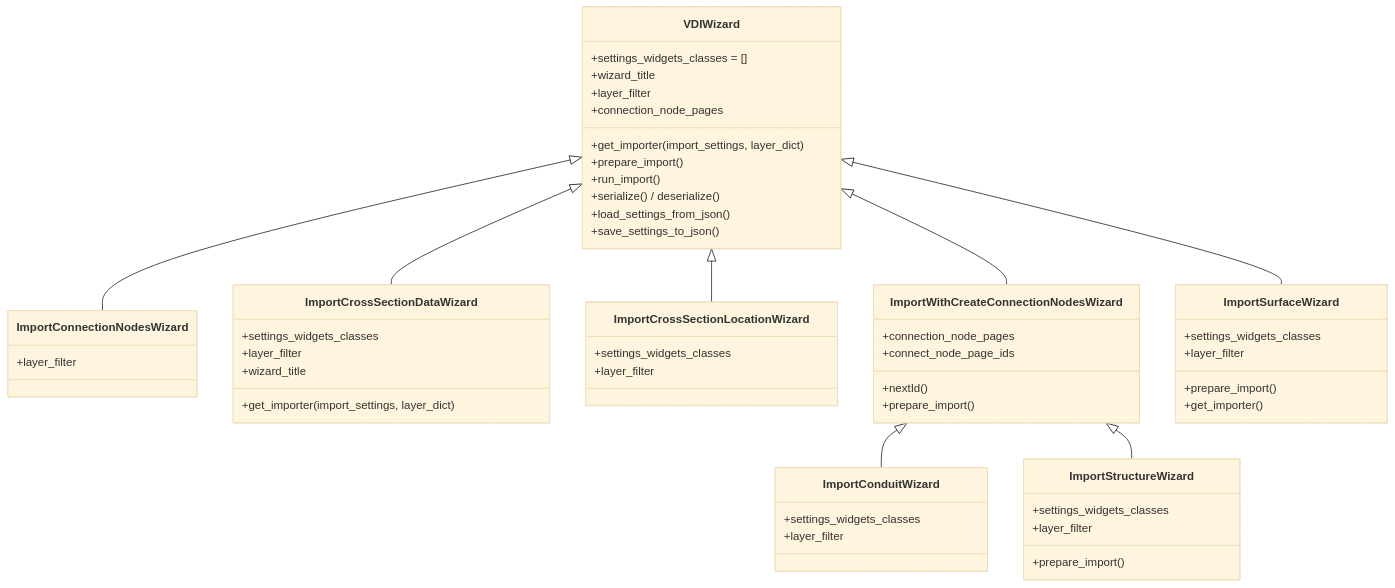
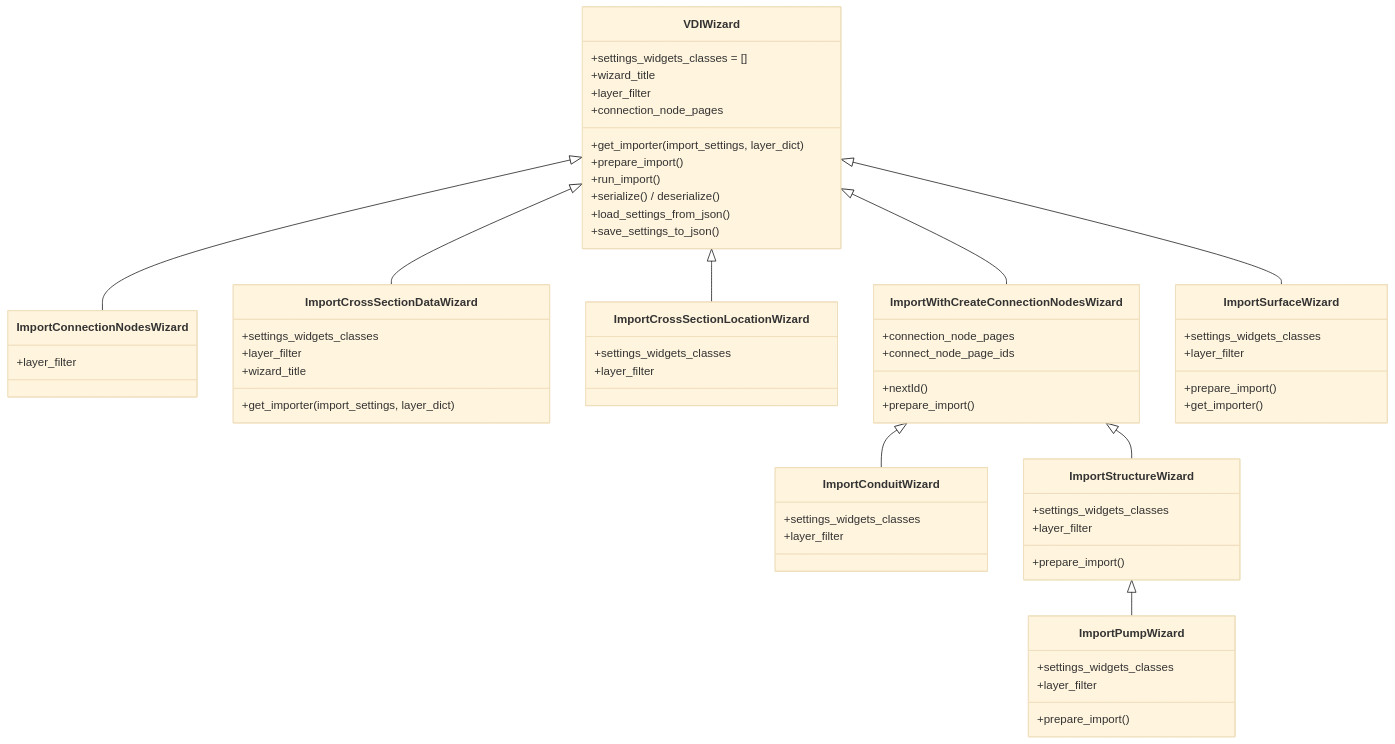
The first of 2 diagrams in threedi_schematisation_editor/vector_data_importer/wizard/DESIGN.md (nens/threedi-schematisation-editor), drawn with Mermaid (base theme) before and after one commit. The commit also changed other lines of this file and 25 other files, not shown here.

Commit message:
Add pump import with automatic PumpMap creation (#510)

````diff
--- a/threedi_schematisation_editor/vector_data_importer/wizard/DESIGN.md
+++ b/threedi_schematisation_editor/vector_data_importer/wizard/DESIGN.md
@@ -25,65 +26,72 @@
 ```mermaid
 classDiagram
     VDIWizard <|-- ImportConnectionNodesWizard
     VDIWizard <|-- ImportCrossSectionDataWizard
     VDIWizard <|-- ImportCrossSectionLocationWizard
     VDIWizard <|-- ImportWithCreateConnectionNodesWizard
     ImportWithCreateConnectionNodesWizard <|-- ImportConduitWizard
     ImportWithCreateConnectionNodesWizard <|-- ImportStructureWizard
+    ImportStructureWizard <|-- ImportPumpWizard
     VDIWizard <|-- ImportSurfaceWizard
     
     class VDIWizard {
         +settings_widgets_classes = []
         +wizard_title
         +layer_filter
         +connection_node_pages
         +get_importer(import_settings, layer_dict)
         +prepare_import()
         +run_import()
         +serialize() / deserialize()
         +load_settings_from_json()
         +save_settings_to_json()
     }
     
     class ImportConnectionNodesWizard {
         +layer_filter
     }    
 
     class ImportCrossSectionDataWizard {
         +settings_widgets_classes
         +layer_filter
         +get_importer(import_settings, layer_dict)
         +wizard_title
     }
 
     class ImportCrossSectionLocationWizard {
         +settings_widgets_classes
         +layer_filter
     }
     
     class ImportWithCreateConnectionNodesWizard {
         +connection_node_pages
         +connect_node_page_ids
         +nextId()
         +prepare_import()
         }
 
     class ImportConduitWizard { 
         +settings_widgets_classes
         +layer_filter
     }
 
     class ImportStructureWizard { 
         +settings_widgets_classes
         +layer_filter
         +prepare_import()
     }
 
+    class ImportPumpWizard {
+        +settings_widgets_classes
+        +layer_filter
+        +prepare_import()
+    }
+
     class ImportSurfaceWizard {
         +settings_widgets_classes
         +layer_filter
         +prepare_import()
         +get_importer()
     }
 
 ```
````
